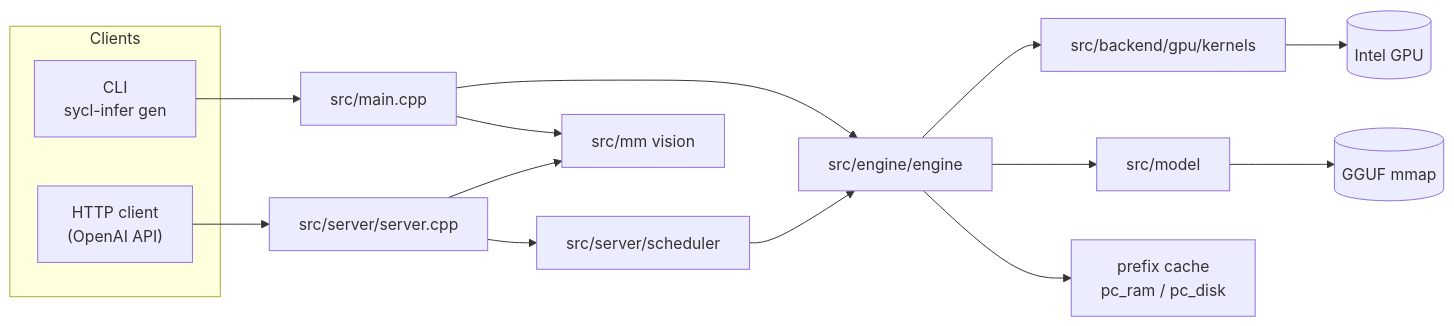
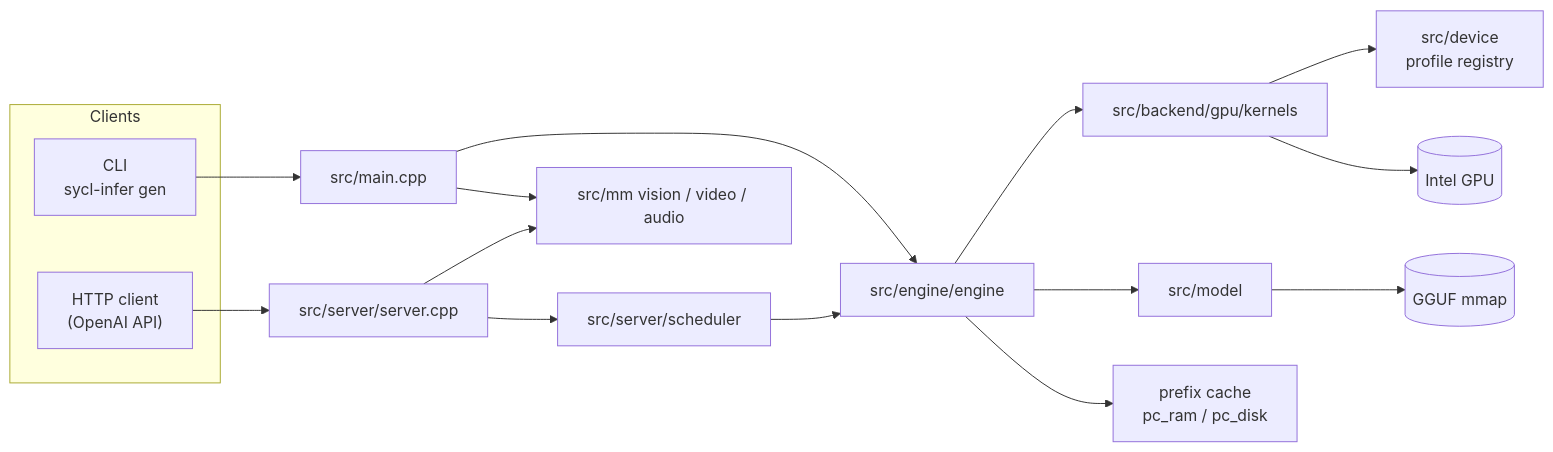
One commit to notsyncing/sycl-infer changed the first of 3 diagrams in docs/architecture.md. Above: the diagram before and after it, drawn with Mermaid. The commit also changed other lines of this file and 14 other files, not shown here.

````diff
--- a/docs/architecture.md
+++ b/docs/architecture.md
@@ -39,19 +45,20 @@
 ```mermaid
 flowchart LR
     subgraph Clients
         CLI["CLI\nsycl-infer gen"]
         HTTP["HTTP client\n(OpenAI API)"]
     end
     CLI --> MAIN[src/main.cpp]
     HTTP --> SRV[src/server/server.cpp]
     MAIN --> ENG[src/engine/engine]
     SRV --> SCHED[src/server/scheduler]
     SCHED --> ENG
-    MAIN --> MM[src/mm vision]
+    MAIN --> MM[src/mm vision / video / audio]
     SRV --> MM
     ENG --> KERN[src/backend/gpu/kernels]
     ENG --> MODEL[src/model]
     ENG --> PC[prefix cache\npc_ram / pc_disk]
+    KERN --> DEV[src/device\nprofile registry]
     KERN --> GPU[(Intel GPU)]
     MODEL --> GGUF[(GGUF mmap)]
 ```
````
